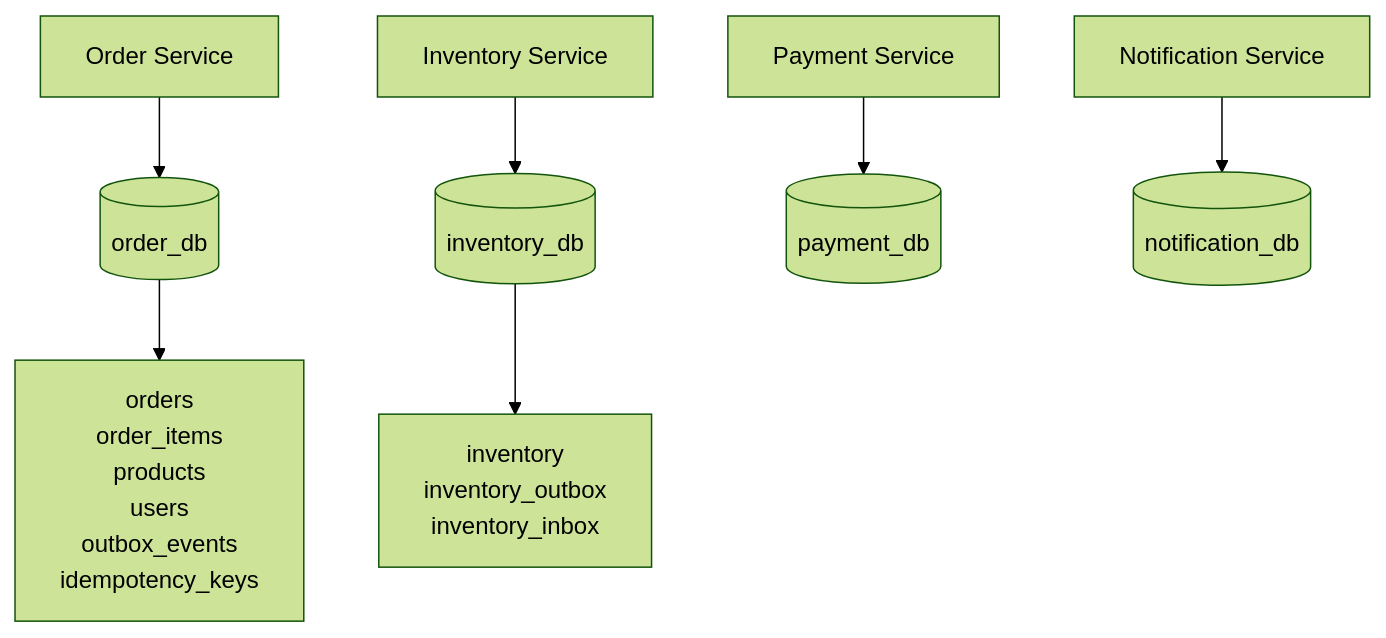
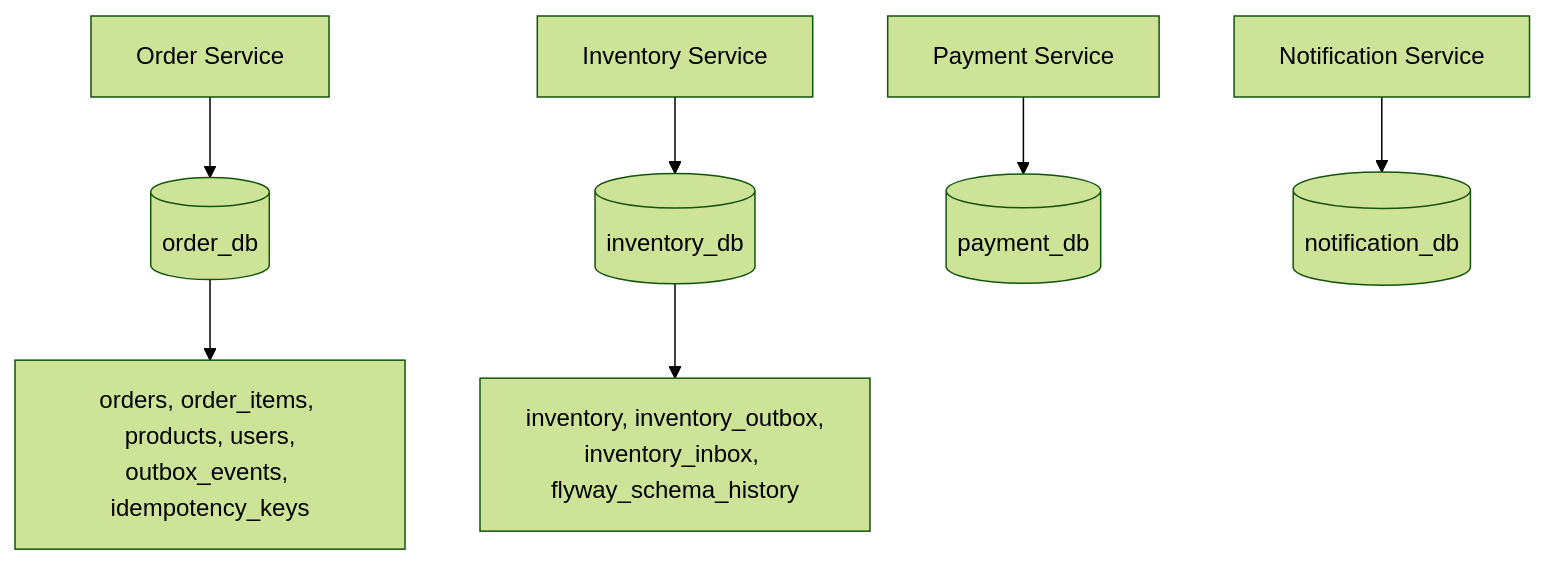
One commit to sajal327/distributed-order-processing-system changed the second of 2 diagrams in README.md. Above: the diagram before and after it, drawn with Mermaid (forest theme). The commit also changed other lines of this file, not shown here.

````diff
--- a/README.md
+++ b/README.md
@@ -437,11 +115,10 @@
 ```mermaid
 flowchart TB
     Order["Order Service"] --> OrderDB[("order_db")]
     Inventory["Inventory Service"] --> InventoryDB[("inventory_db")]
     Payment["Payment Service"] --> PaymentDB[("payment_db")]
     Notification["Notification Service"] --> NotificationDB[("notification_db")]
 
-    OrderDB --> OrderTables["orders\norder_items\nproducts\nusers\noutbox_events\nidempotency_keys"]
-
-    InventoryDB --> InventoryTables["inventory\ninventory_outbox\ninventory_inbox"]
+    OrderDB --> OrderTables["orders, order_items, products, users,\noutbox_events, idempotency_keys"]
+    InventoryDB --> InventoryTables["inventory, inventory_outbox,\ninventory_inbox, flyway_schema_history"]
 ```
````
